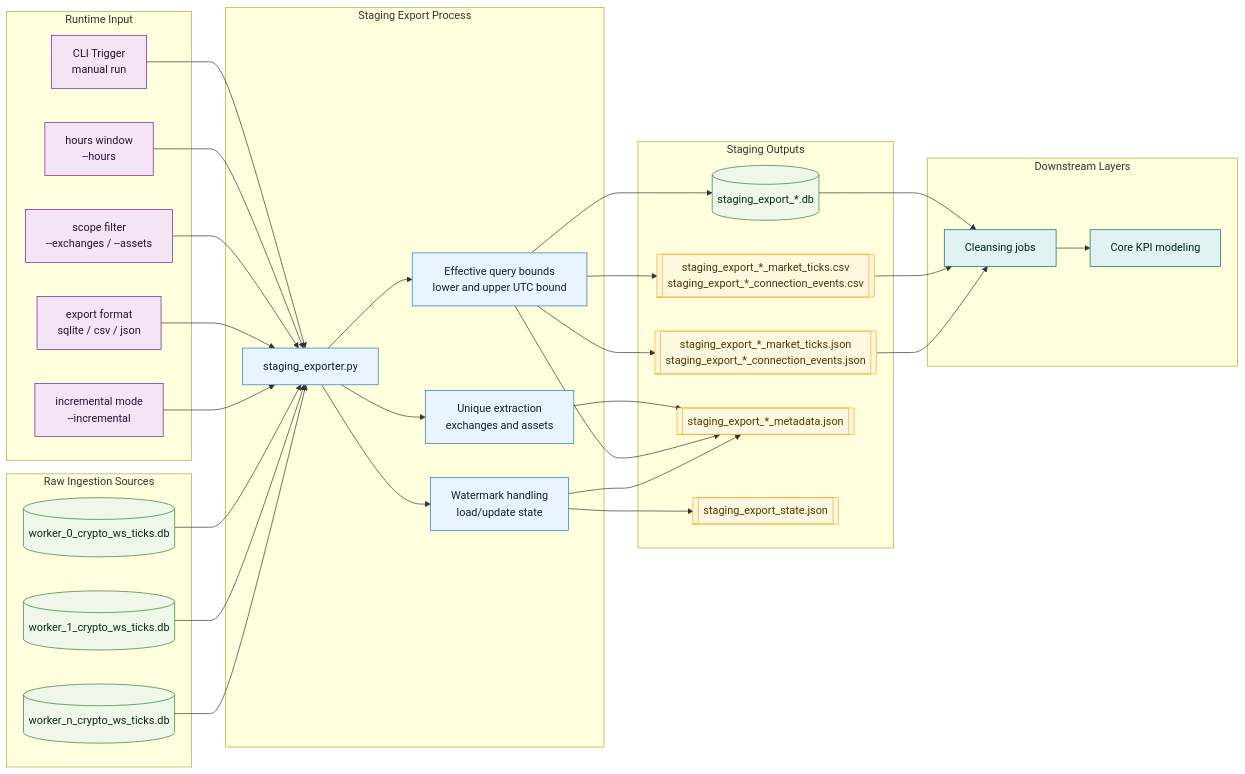
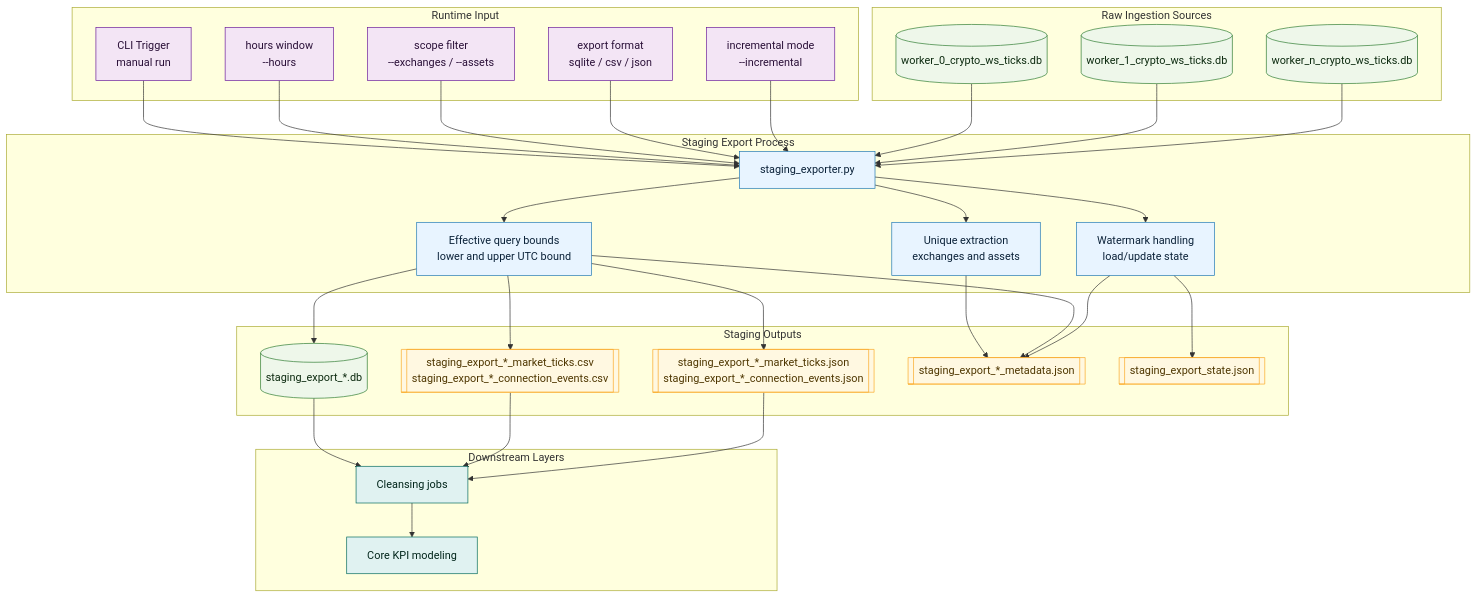
Before and after one commit to laiki/crypto_DWH: the diagram in diagrams/2_staging/uml_architecture_staging_export.mmd, drawn with Mermaid. The commit also changed 67 other files, not shown here.

Commit message:
added svg diagrams to repo. Used svg in md files

```diff
--- a/diagrams/2_staging/uml_architecture_staging_export.mmd
+++ b/diagrams/2_staging/uml_architecture_staging_export.mmd
@@ -1,73 +1,73 @@
-flowchart LR
+flowchart TB
     classDef proc fill:#e8f4ff,stroke:#1f78b4,stroke-width:1px,color:#0b2239
     classDef db fill:#eef7ea,stroke:#2e7d32,stroke-width:1px,color:#0d2b10
     classDef file fill:#fff8e1,stroke:#f9a825,stroke-width:1px,color:#4e3600
     classDef cfg fill:#f3e5f5,stroke:#6a1b9a,stroke-width:1px,color:#2a1038
     classDef out fill:#e0f2f1,stroke:#00695c,stroke-width:1px,color:#00251a
 
     subgraph SRC[Raw Ingestion Sources]
         W0[(worker_0_crypto_ws_ticks.db)]
         W1[(worker_1_crypto_ws_ticks.db)]
         WN[(worker_n_crypto_ws_ticks.db)]
     end
     class W0,W1,WN db
 
     subgraph CFG[Runtime Input]
         CLI[CLI Trigger\nmanual run]
         P1[hours window\n--hours]
         P2[scope filter\n--exchanges / --assets]
         P3[export format\nsqlite / csv / json]
         P4[incremental mode\n--incremental]
     end
     class CLI,P1,P2,P3,P4 cfg
 
     subgraph STG[Staging Export Process]
         EXP[staging_exporter.py]
         WIN[Effective query bounds\nlower and upper UTC bound]
         UNI[Unique extraction\nexchanges and assets]
         WM[Watermark handling\nload/update state]
     end
     class EXP,WIN,UNI,WM proc
 
     subgraph OUT[Staging Outputs]
         STGDB[(staging_export_*.db)]
         STGCSV[[staging_export_*_market_ticks.csv\nstaging_export_*_connection_events.csv]]
         STGJSON[[staging_export_*_market_ticks.json\nstaging_export_*_connection_events.json]]
         META[[staging_export_*_metadata.json]]
         STATE[[staging_export_state.json]]
     end
     class STGDB db
     class STGCSV,STGJSON,META,STATE file
 
     subgraph DWH[Downstream Layers]
         CLN[Cleansing jobs]
         CORE[Core KPI modeling]
     end
     class CLN,CORE out
 
     CLI --> EXP
     P1 --> EXP
     P2 --> EXP
     P3 --> EXP
     P4 --> EXP
 
     W0 --> EXP
     W1 --> EXP
     WN --> EXP
 
     EXP --> WIN
     EXP --> UNI
     EXP --> WM
 
     WIN --> STGDB
     WIN --> STGCSV
     WIN --> STGJSON
     UNI --> META
     WIN --> META
     WM --> STATE
     WM --> META
 
     STGDB --> CLN
     STGCSV --> CLN
     STGJSON --> CLN
     CLN --> CORE
```
